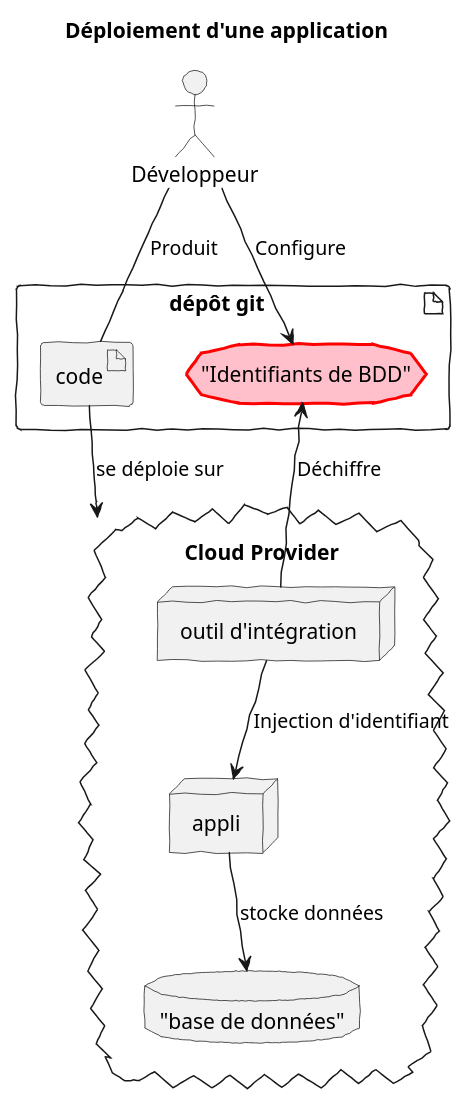
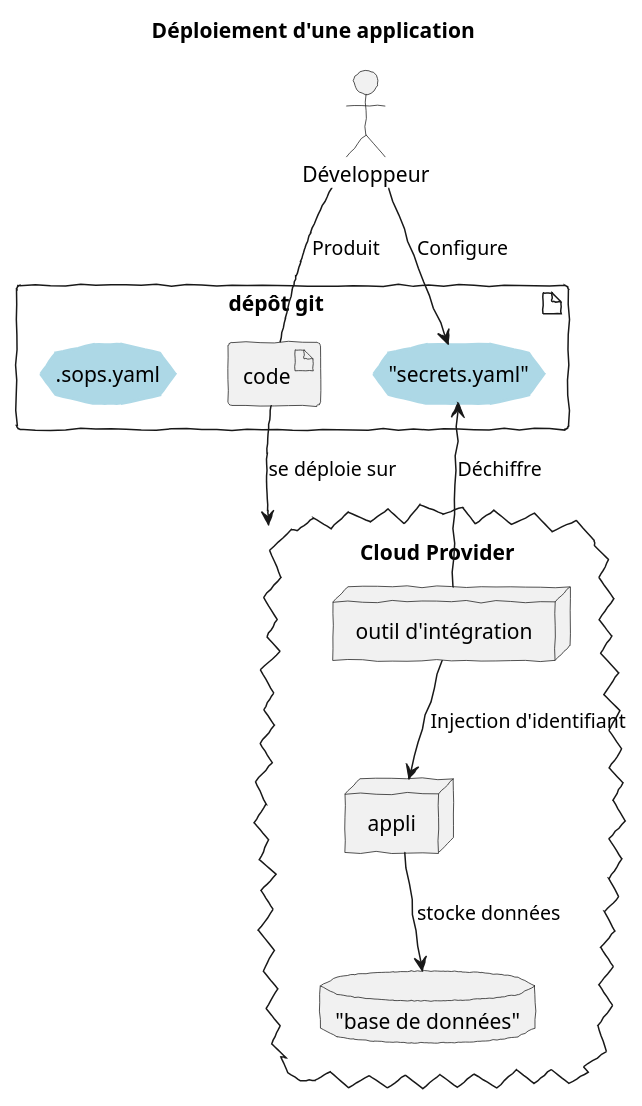
The diagram in diagrams/02-recapitulatif.puml (sylvainmetayer/talk-sops), drawn with PlantUML before and after one commit. The commit also changed 23 other files, not shown here.

```diff
--- a/diagrams/02-recapitulatif.puml
+++ b/diagrams/02-recapitulatif.puml
@@ -1,34 +1,35 @@
 @startuml
 skinparam handwritten true
 
 title Déploiement d'une application
 
 actor Développeur
 artifact "dépôt git      " {
 artifact code
 
-storage c #pink;line:red;line.bold;text:black [
-"Identifiants de BDD"
+storage c #lightblue;line:lightblue;line.bold;text:black [
+"secrets.yaml"
 ]
+storage ".sops.yaml" #lightblue;line:lightblue;line.bold;text:black
 
 }
 
 cloud "Cloud Provider" {
 database bdd [
 "base de données"
 ]
 node appli
 node "outil d'intégration"
 
 appli -d-> bdd : stocke données
 }
 
 Développeur - code : Produit
 Développeur -d-> c : Configure
 
 code -d-> "Cloud Provider" : se déploie sur
 "outil d'intégration" -d-> c : Déchiffre
 
 "outil d'intégration" -d-> appli : Injection d'identifiant
 
 @enduml
```
